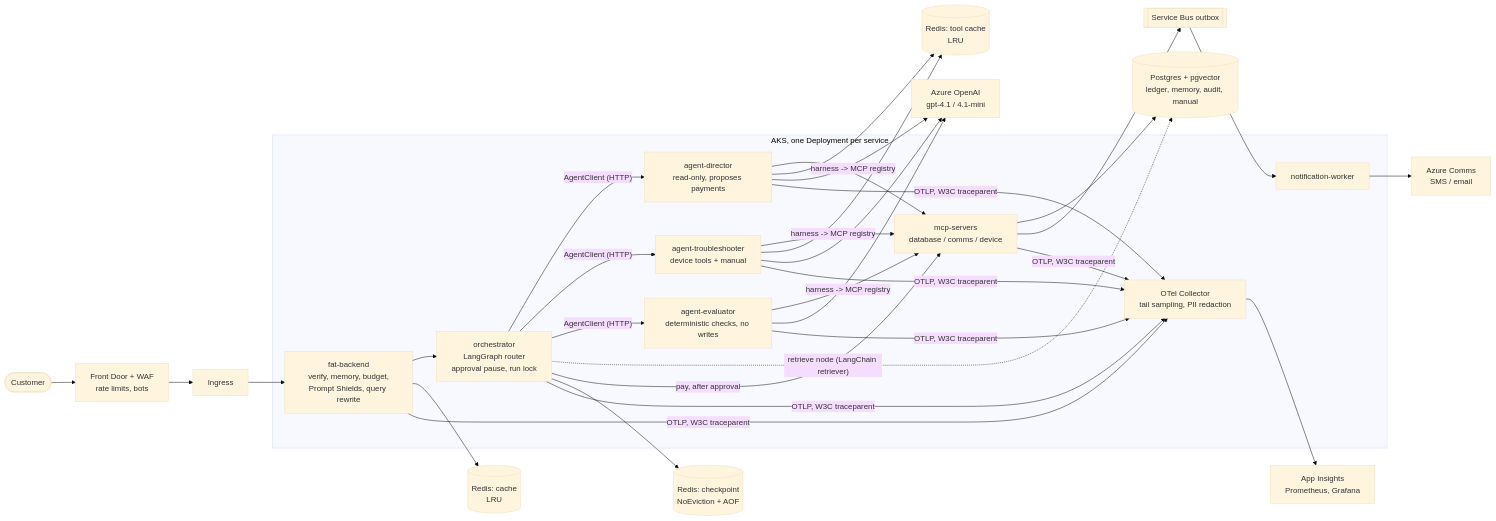
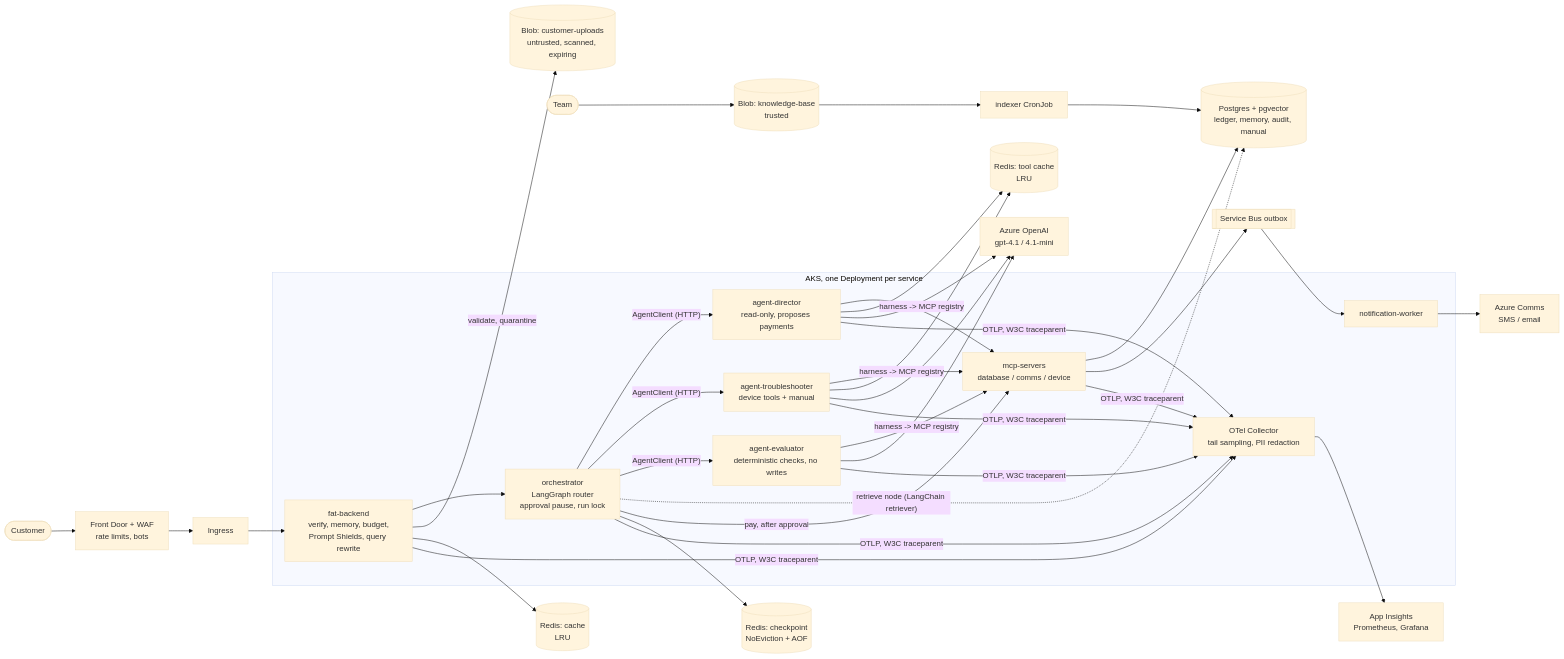
One commit to ceoandchairman-ui/Newfold_digital_assignment changed the diagram in docs/02_design_note.md. Above: the diagram before and after it, drawn with Mermaid (base theme). The commit also changed other lines of this file and 39 other files, not shown here.

Commit message:
Add customer document uploads, blob storage, infra bootstrap and DR drill

````diff
--- a/docs/02_design_note.md
+++ b/docs/02_design_note.md
@@ -7,30 +7,33 @@
 ```mermaid
 flowchart LR
     C([Customer]) --> FD[Front Door + WAF<br/>rate limits, bots]
     FD --> ING[Ingress] --> BE
 
     subgraph AKS[AKS, one Deployment per service]
       BE[fat-backend<br/>verify, memory, budget,<br/>Prompt Shields, query rewrite]
       ORCH[orchestrator<br/>LangGraph router<br/>approval pause, run lock]
       DIR[agent-director<br/>read-only, proposes payments]
       TRB[agent-troubleshooter<br/>device tools + manual]
       EVL[agent-evaluator<br/>deterministic checks, no writes]
       MCP[mcp-servers<br/>database / comms / device]
       WRK[notification-worker]
       OTEL[OTel Collector<br/>tail sampling, PII redaction]
     end
 
     BE --> ORCH
     ORCH -- "AgentClient (HTTP)" --> DIR & TRB & EVL
     ORCH -. "retrieve node (LangChain retriever)" .-> PG
     DIR & TRB & EVL -- "harness -> MCP registry" --> MCP
     ORCH -- "pay, after approval" --> MCP
 
     MCP --> PG[(Postgres + pgvector<br/>ledger, memory, audit, manual)]
+
+    TEAM([Team]) --> DOCS[(Blob: knowledge-base<br/>trusted)] --> IDX[indexer CronJob] --> PG
+    BE -- "validate, quarantine" --> UPL[(Blob: customer-uploads<br/>untrusted, scanned, expiring)]
     MCP --> SB[[Service Bus outbox]] --> WRK --> ACS[Azure Comms<br/>SMS / email]
     ORCH --> RC[(Redis: checkpoint<br/>NoEviction + AOF)]
     BE --> RK[(Redis: cache<br/>LRU)]
     DIR & TRB --> RT[(Redis: tool cache<br/>LRU)]
     DIR & TRB & EVL --> AOAI[Azure OpenAI<br/>gpt-4.1 / 4.1-mini]
     BE & ORCH & DIR & TRB & EVL & MCP -- "OTLP, W3C traceparent" --> OTEL --> AM[App Insights<br/>Prometheus, Grafana]
 ```
````
